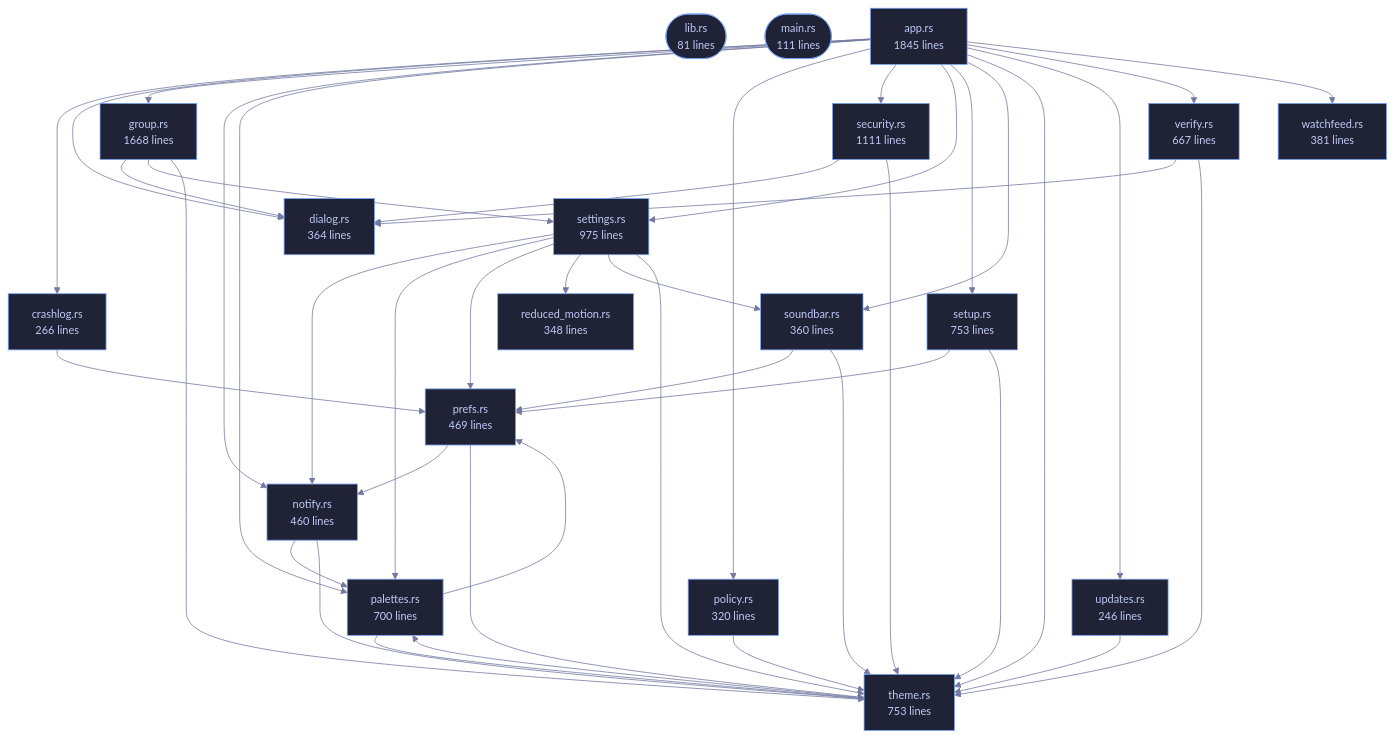
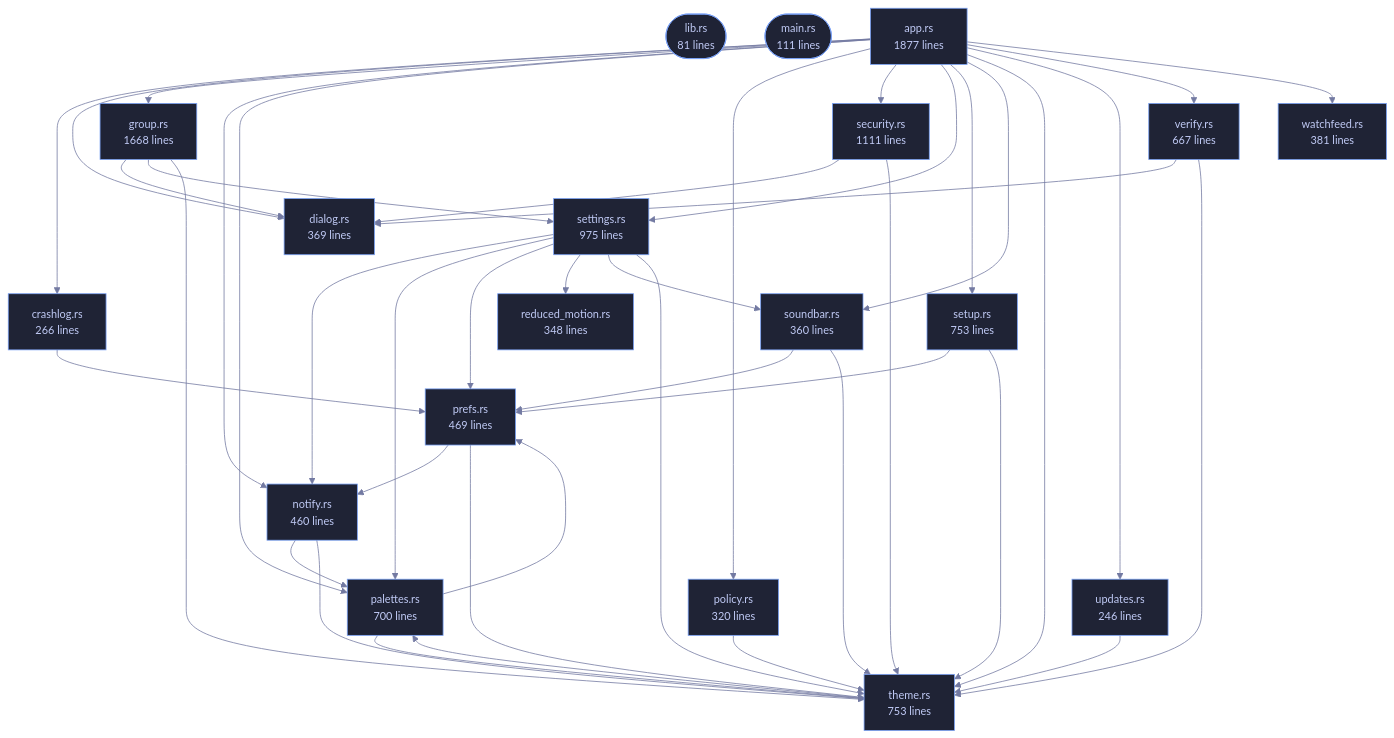
Before and after one commit to tilas01/veilvoice: the diagram in crates/veilvoice-gui/README.md, drawn with Mermaid. The commit also changed other lines of this file and 41 other files, not shown here.

```diff
--- a/crates/veilvoice-gui/README.md
+++ b/crates/veilvoice-gui/README.md
@@ -96,9 +96,9 @@
 flowchart TD
     n_lib(["lib.rs<br/>81 lines"])
     n_main(["main.rs<br/>111 lines"])
-    n_app["app.rs<br/>1845 lines"]
+    n_app["app.rs<br/>1877 lines"]
     n_crashlog["crashlog.rs<br/>266 lines"]
-    n_dialog["dialog.rs<br/>364 lines"]
+    n_dialog["dialog.rs<br/>369 lines"]
     n_group["group.rs<br/>1668 lines"]
     n_notify["notify.rs<br/>460 lines"]
     n_palettes["palettes.rs<br/>700 lines"]
```
